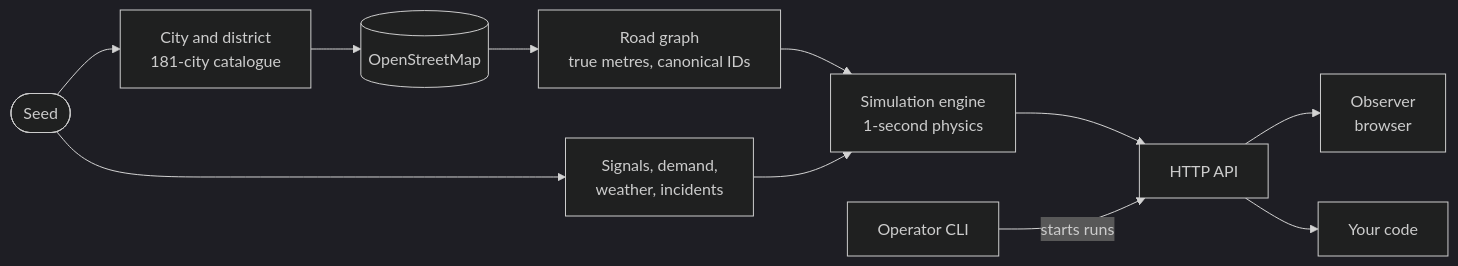
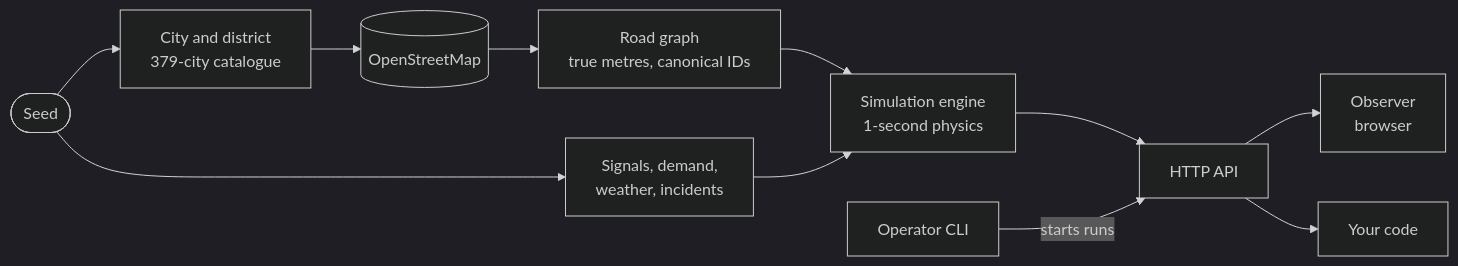
The diagram in docs/index.md (varunkarthic/DSTNS), drawn with Mermaid (dark theme) before and after one commit. The commit also changed other lines of this file and 35 other files, not shown here.

````diff
--- a/docs/index.md
+++ b/docs/index.md
@@ -157,13 +157,13 @@
 ```mermaid
 flowchart LR
-    Seed(["Seed"]) --> Place["City and district<br/>181-city catalogue"]
+    Seed(["Seed"]) --> Place["City and district<br/>379-city catalogue"]
     Place --> OSM[("OpenStreetMap")]
     OSM --> Graph["Road graph<br/>true metres, canonical IDs"]
     Seed --> Sched["Signals, demand,<br/>weather, incidents"]
     Graph --> Engine["Simulation engine<br/>1-second physics"]
     Sched --> Engine
     Engine --> API["HTTP API"]
     API --> Observer["Observer<br/>browser"]
     API --> Client["Your code"]
     CLI["Operator CLI"] -- "starts runs" --> API
 ```
````
